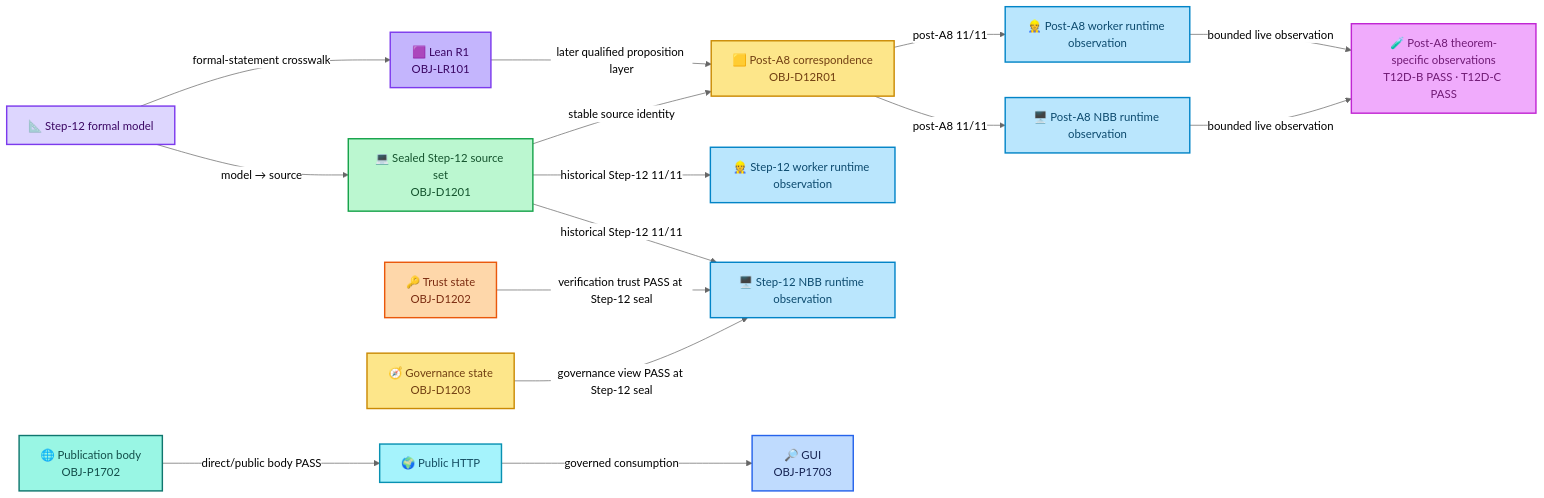
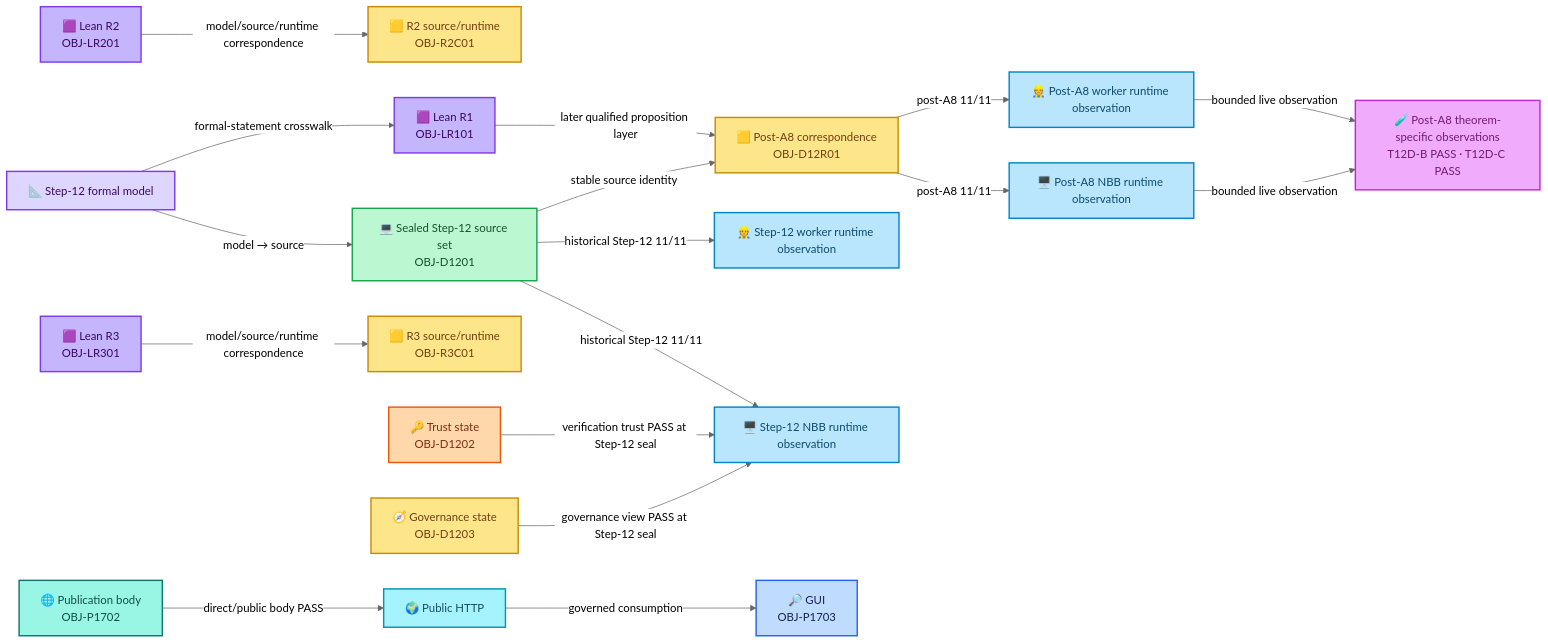
One commit to kiddstechnical/ALLIS-Artificial-Learning-and-Location-Intelligence-System changed the second of 5 diagrams in acceptance/current-system-manifest.md. Above: the diagram before and after it, drawn with Mermaid (neutral theme). The commit also changed other lines of this file, not shown here.

````diff
--- a/acceptance/current-system-manifest.md
+++ b/acceptance/current-system-manifest.md
@@ -813,44 +1075,50 @@
 ```mermaid
 flowchart LR
     M["📐 Step-12 formal model"]:::model
     S["💻 Sealed Step-12 source set<br/>OBJ-D1201"]:::source
     L["🟪 Lean R1<br/>OBJ-LR101"]:::lean
+    R2P["🟪 Lean R2<br/>OBJ-LR201"]:::lean
+    R2C["🟨 R2 source/runtime<br/>OBJ-R2C01"]:::corr
+    R3P["🟪 Lean R3<br/>OBJ-LR301"]:::lean
+    R3C["🟨 R3 source/runtime<br/>OBJ-R3C01"]:::corr
     X["🟨 Post-A8 correspondence<br/>OBJ-D12R01"]:::corr
     N0["🖥️ Step-12 NBB runtime observation"]:::runtime
     W0["👷 Step-12 worker runtime observation"]:::runtime
     N1["🖥️ Post-A8 NBB runtime observation"]:::runtime
     W1["👷 Post-A8 worker runtime observation"]:::runtime
     O["🧪 Post-A8 theorem-specific observations<br/>T12D-B PASS · T12D-C PASS"]:::observe
     T["🔑 Trust state<br/>OBJ-D1202"]:::trust
     V["🧭 Governance state<br/>OBJ-D1203"]:::gov
     P["🌐 Publication body<br/>OBJ-P1702"]:::pub
     H["🌍 Public HTTP"]:::http
     G["🔎 GUI<br/>OBJ-P1703"]:::gui
 
     M -->|"model → source"| S
     M -->|"formal-statement crosswalk"| L
+    R2P -->|"model/source/runtime correspondence"| R2C
+    R3P -->|"model/source/runtime correspondence"| R3C
     S -->|"historical Step-12 11/11"| N0
     S -->|"historical Step-12 11/11"| W0
     S -->|"stable source identity"| X
     L -->|"later qualified proposition layer"| X
     X -->|"post-A8 11/11"| N1
     X -->|"post-A8 11/11"| W1
     N1 -->|"bounded live observation"| O
     W1 -->|"bounded live observation"| O
     T -->|"verification trust PASS at Step-12 seal"| N0
     V -->|"governance view PASS at Step-12 seal"| N0
     P -->|"direct/public body PASS"| H
     H -->|"governed consumption"| G
 
     classDef model fill:#ddd6fe,stroke:#7c3aed,color:#3b0764,stroke-width:2px;
     classDef source fill:#bbf7d0,stroke:#16a34a,color:#14532d,stroke-width:2px;
     classDef lean fill:#c4b5fd,stroke:#7c3aed,color:#3b0764,stroke-width:2px;
     classDef corr fill:#fde68a,stroke:#ca8a04,color:#713f12,stroke-width:2px;
     classDef runtime fill:#bae6fd,stroke:#0284c7,color:#0c4a6e,stroke-width:2px;
     classDef observe fill:#f0abfc,stroke:#c026d3,color:#701a75,stroke-width:2px;
     classDef trust fill:#fed7aa,stroke:#ea580c,color:#7c2d12,stroke-width:2px;
     classDef gov fill:#fde68a,stroke:#ca8a04,color:#713f12,stroke-width:2px;
     classDef pub fill:#99f6e4,stroke:#0f766e,color:#134e4a,stroke-width:2px;
     classDef http fill:#a5f3fc,stroke:#0891b2,color:#164e63,stroke-width:2px;
     classDef gui fill:#bfdbfe,stroke:#2563eb,color:#172554,stroke-width:2px;
 ```
````
